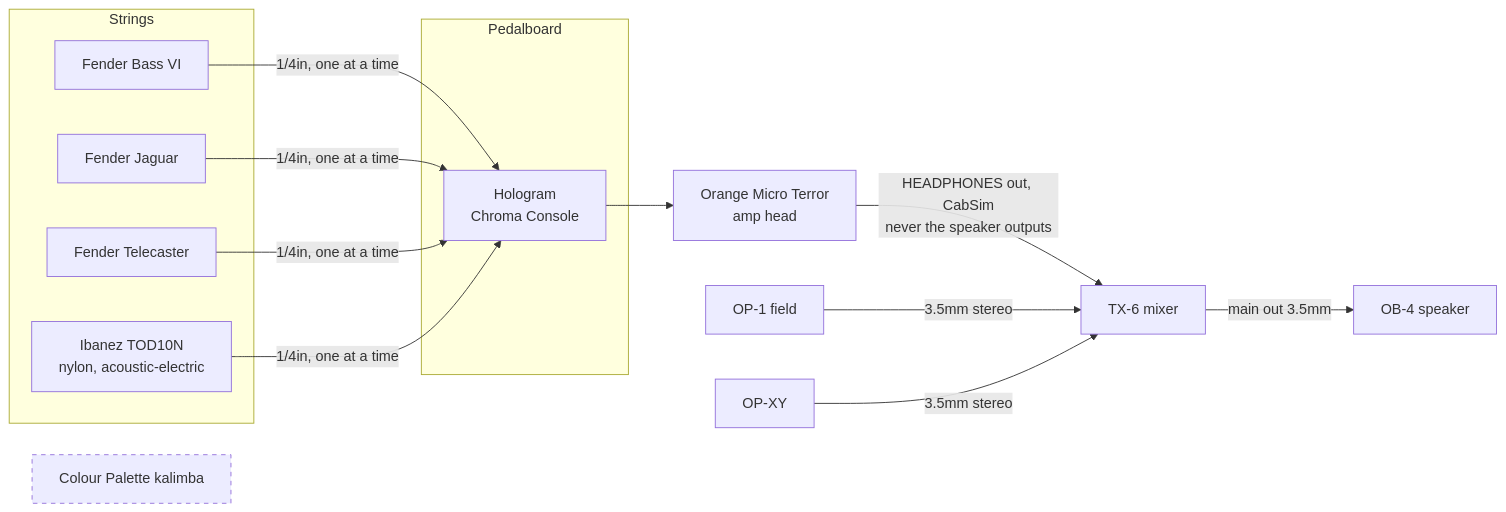
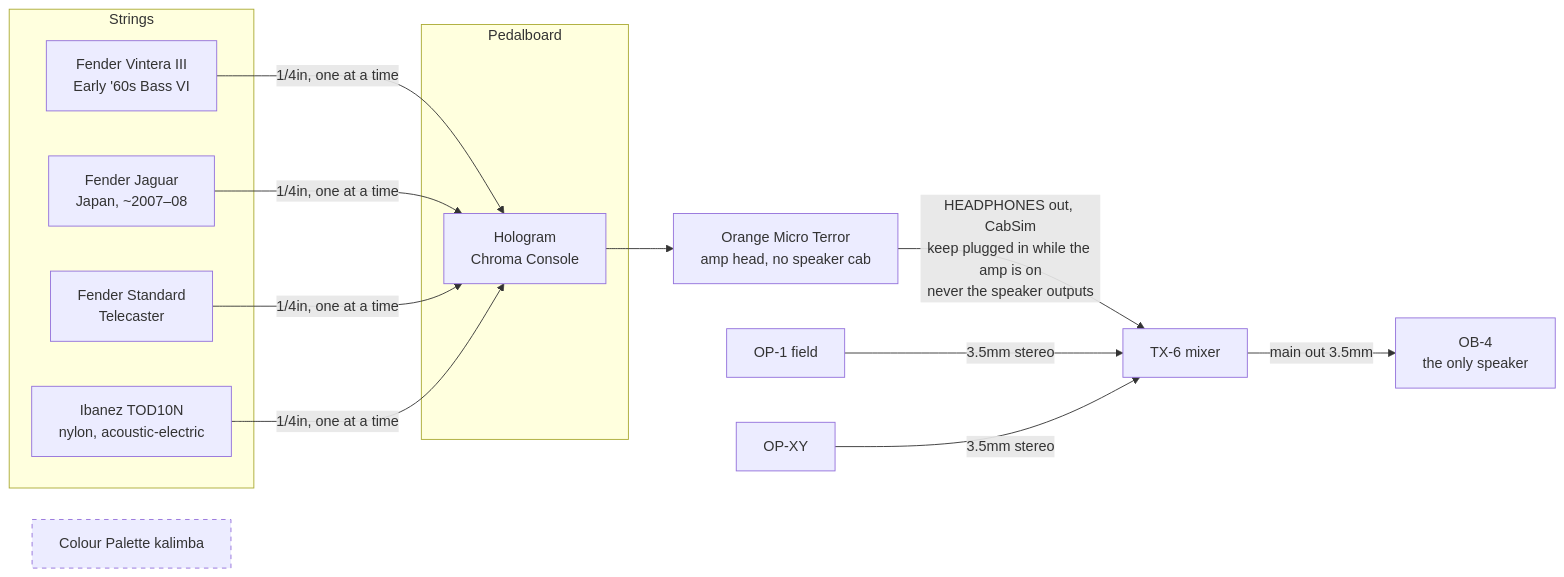
One commit to samelliottdlt/music changed the diagram in setup/signal-chain.md. Above: the diagram before and after it, drawn with Mermaid. The commit also changed other lines of this file and 13 other files, not shown here.

````diff
--- a/setup/signal-chain.md
+++ b/setup/signal-chain.md
@@ -5,26 +5,26 @@
 ```mermaid
 flowchart LR
     subgraph Strings
-        BVI[Fender Bass VI]
-        JAG[Fender Jaguar]
-        TELE[Fender Telecaster]
+        BVI[Fender Vintera III<br/>Early '60s Bass VI]
+        JAG[Fender Jaguar<br/>Japan, ~2007–08]
+        TELE[Fender Standard<br/>Telecaster]
         IBZ[Ibanez TOD10N<br/>nylon, acoustic-electric]
     end
 
     subgraph Pedalboard
         CHROMA[Hologram<br/>Chroma Console]
     end
 
     BVI & JAG & TELE & IBZ -->|1/4in, one at a time| CHROMA
-    CHROMA --> AMP[Orange Micro Terror<br/>amp head]
-    AMP -->|HEADPHONES out, CabSim<br/>never the speaker outputs| TX6
+    CHROMA --> AMP[Orange Micro Terror<br/>amp head, no speaker cab]
+    AMP -->|HEADPHONES out, CabSim<br/>keep plugged in while the amp is on<br/>never the speaker outputs| TX6
 
     OP1[OP-1 field] -->|3.5mm stereo| TX6
     OPXY[OP-XY] -->|3.5mm stereo| TX6
 
-    TX6[TX-6 mixer] -->|main out 3.5mm| OB4[OB-4 speaker]
+    TX6[TX-6 mixer] -->|main out 3.5mm| OB4[OB-4<br/>the only speaker]
 
     KAL[Colour Palette kalimba]:::notconnected
 
     classDef notconnected stroke-dasharray: 5 5
 ```
````
